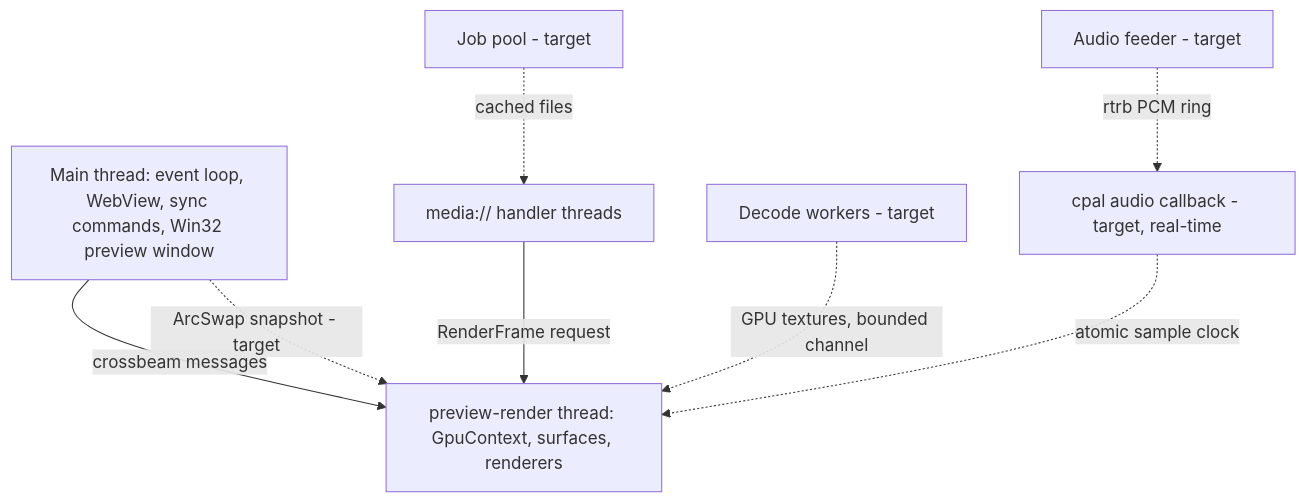
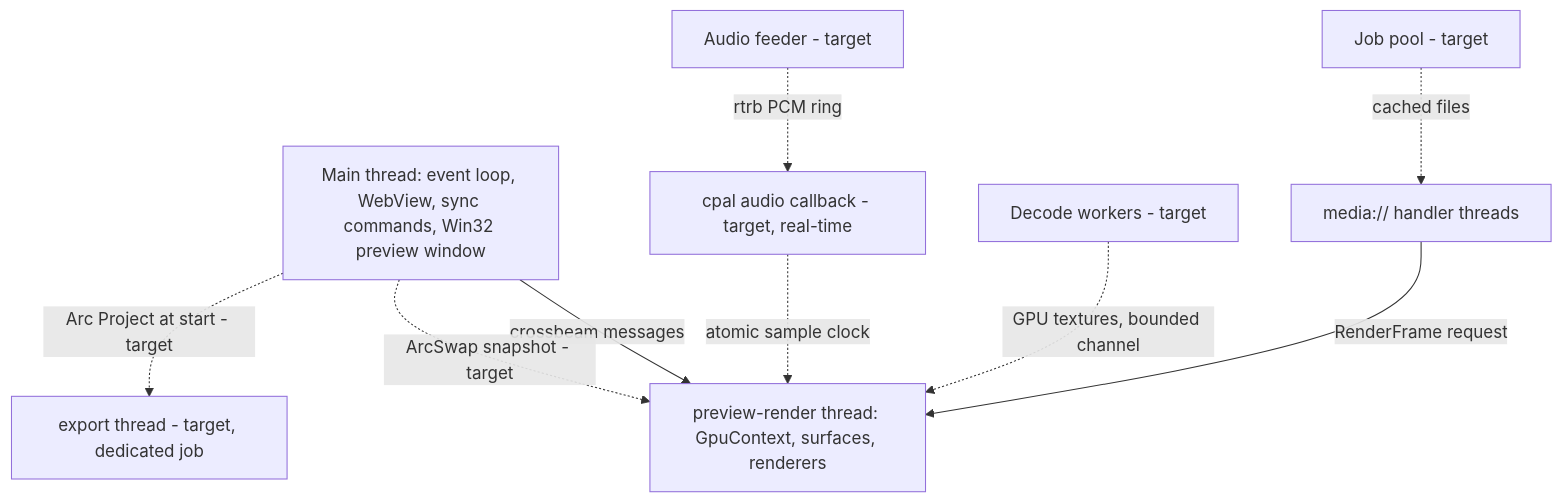
The second of 7 diagrams in docs/architecture.md (emicon123/cutframe), drawn with Mermaid before and after one commit. The commit also changed other lines of this file and 1 other file, not shown here.

First line of the commit message:
docs: point the architecture overview at the render, playback and export designs

````diff
--- a/docs/architecture.md
+++ b/docs/architecture.md
@@ -50,17 +50,19 @@
 ```mermaid
 flowchart TB
   main["Main thread: event loop, WebView, sync commands, Win32 preview window"]
   render["preview-render thread: GpuContext, surfaces, renderers"]
   media["media:// handler threads"]
   decode["Decode workers - target"]
   feeder["Audio feeder - target"]
   audio["cpal audio callback - target, real-time"]
   jobs["Job pool - target"]
+  export["export thread - target, dedicated job"]
   main -- "crossbeam messages" --> render
   media -- "RenderFrame request" --> render
   main -. "ArcSwap snapshot - target" .-> render
   decode -. "GPU textures, bounded channel" .-> render
   feeder -. "rtrb PCM ring" .-> audio
   audio -. "atomic sample clock" .-> render
   jobs -. "cached files" .-> media
+  main -. "Arc Project at start - target" .-> export
 ```
````
